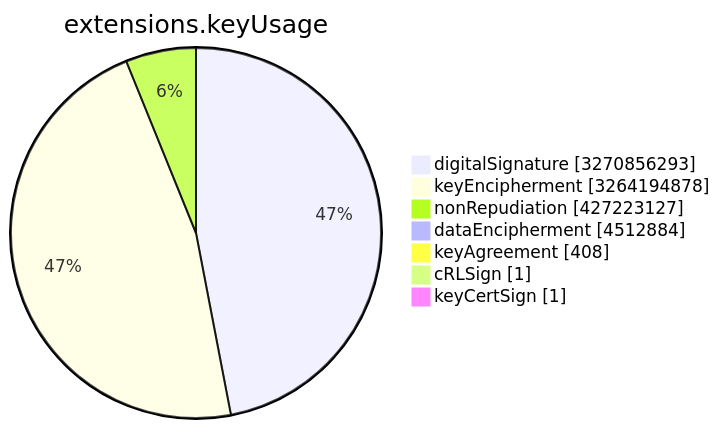
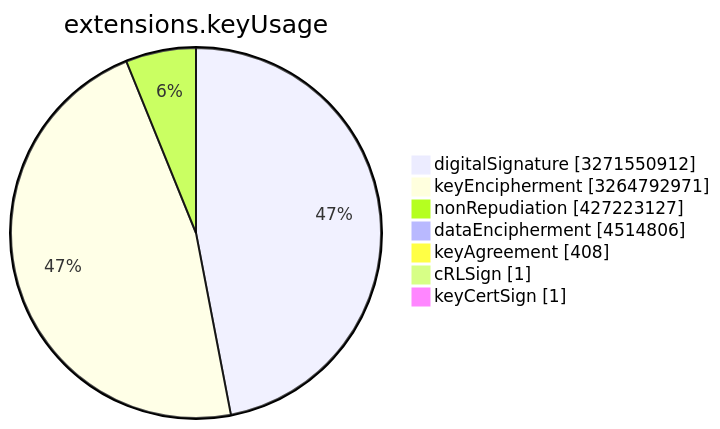
One commit to christiankrug/ctmonitor_visualization changed the sixth of 15 diagrams in TOTAL/README.md. Above: the diagram before and after it, drawn with Mermaid. The commit also changed other lines of this file, not shown here.

````diff
--- a/TOTAL/README.md
+++ b/TOTAL/README.md
@@ -3078,11 +3078,11 @@
 ```mermaid
 pie showData
 title extensions.keyUsage
-"digitalSignature" :3270856293
-"keyEncipherment" :3264194878
+"digitalSignature" :3271550912
+"keyEncipherment" :3264792971
 "nonRepudiation" :427223127
-"dataEncipherment" :4512884
+"dataEncipherment" :4514806
 "keyAgreement" :408
 "cRLSign" :1
 "keyCertSign" :1
 ```
````
